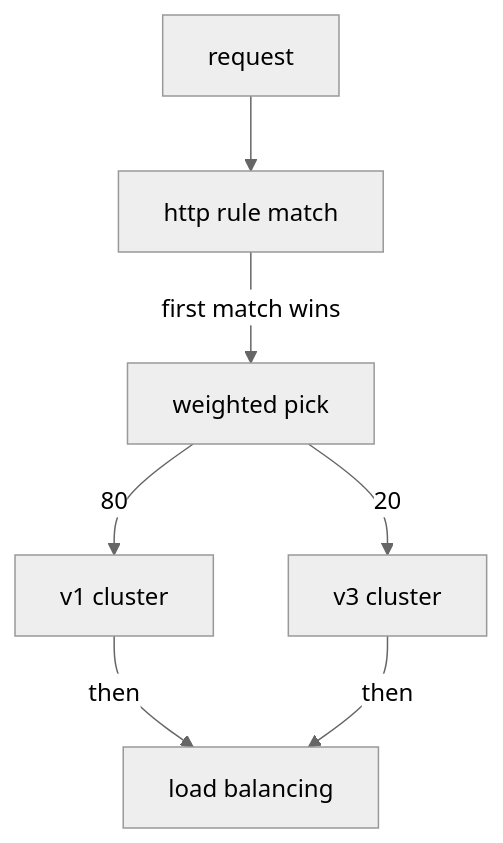
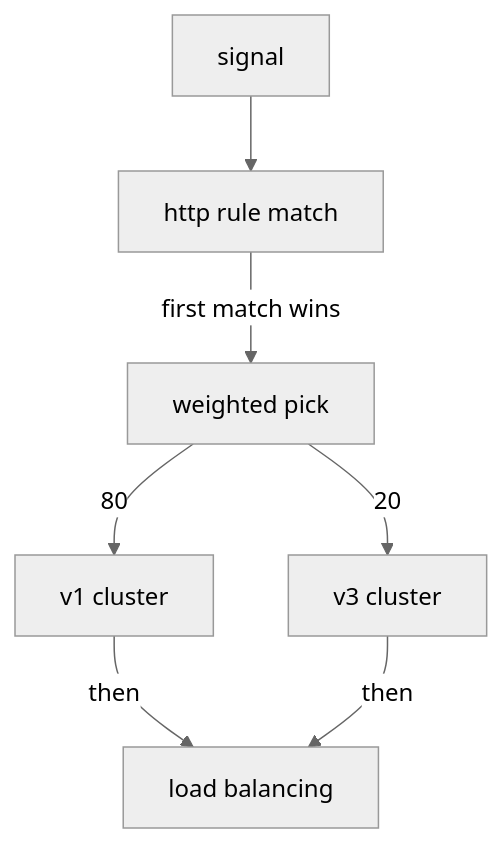
One commit to astrona-io/ATS014 changed the diagram in sections/section-020/module-01/course-01-weighted-destinations.md. Above: the diagram before and after it, drawn with Mermaid (neutral theme). The commit also changed other lines of this file and 813 other files, not shown here.

````diff
--- a/sections/section-020/module-01/course-01-weighted-destinations.md
+++ b/sections/section-020/module-01/course-01-weighted-destinations.md
@@ -45,9 +101,9 @@
 ```mermaid
 flowchart TB
-    R["request"] --> M["http rule match"]
+    R["signal"] --> M["http rule match"]
     M -->|"first match wins"| W["weighted pick"]
     W -->|"80"| C1["v1 cluster"]
     W -->|"20"| C2["v3 cluster"]
     C1 -->|"then"| E["load balancing"]
     C2 -->|"then"| E
 ```
````
